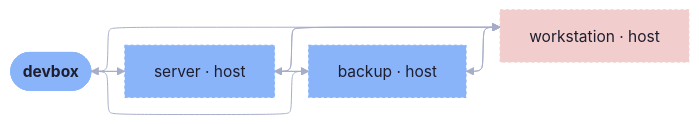
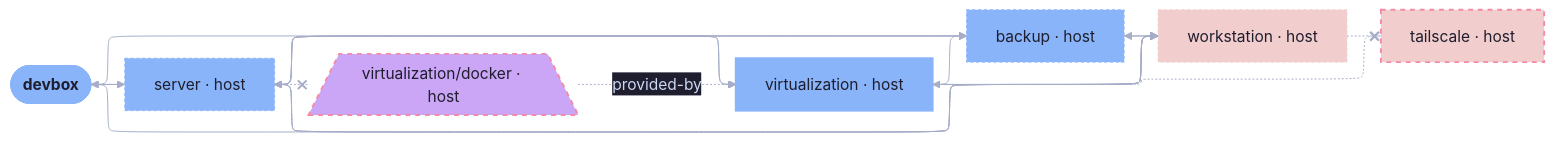
The diagram in templates/diag-fx-demo/diagrams/devbox-adapters.md (sini/den), drawn with Mermaid before and after one commit. The commit also changed 526 other files, not shown here.

Commit message:
chore: update fx diagrams

````diff
--- a/templates/diag-fx-demo/diagrams/devbox-adapters.md
+++ b/templates/diag-fx-demo/diagrams/devbox-adapters.md
@@ -5,25 +5,40 @@
 ```mermaid
 %%{init: {"elk":{"mergeEdges":true,"nodePlacementStrategy":"BRANDES_KOEPF"},"layout":"elk","theme":"base","themeVariables":{"activationBkgColor":"#313244","activationBorderColor":"#6c7086","actorBkg":"#313244","actorBorder":"#a6adc8","actorLineColor":"#a6adc8","actorTextColor":"#cdd6f4","background":"#1e1e2e","classText":"#cdd6f4","clusterBkg":"#313244","clusterBorder":"#6c7086","edgeLabelBackground":"#1e1e2e","labelBoxBkgColor":"#313244","labelBoxBorderColor":"#a6adc8","labelTextColor":"#cdd6f4","lineColor":"#a6adc8","loopTextColor":"#cdd6f4","mainBkg":"#313244","nodeBkg":"#313244","nodeBorder":"#a6adc8","nodeTextColor":"#cdd6f4","noteBkgColor":"#313244","noteBorderColor":"#6c7086","noteTextColor":"#cdd6f4","pie1":"#f38ba8","pie2":"#fab387","pie3":"#f9e2af","pie4":"#a6e3a1","pie5":"#94e2d5","pie6":"#89b4fa","pie7":"#cba6f7","pie8":"#f2cdcd","pieLegendTextColor":"#cdd6f4","pieOuterStrokeColor":"#6c7086","pieSectionTextColor":"#cdd6f4","pieStrokeColor":"#6c7086","pieTitleTextColor":"#cdd6f4","primaryBorderColor":"#a6adc8","primaryColor":"#313244","primaryTextColor":"#cdd6f4","secondBkg":"#313244","secondaryBorderColor":"#6c7086","secondaryColor":"#313244","secondaryTextColor":"#cdd6f4","sequenceNumberColor":"#1e1e2e","signalColor":"#a6adc8","signalTextColor":"#cdd6f4","tertiaryBorderColor":"#6c7086","tertiaryColor":"#313244","tertiaryTextColor":"#cdd6f4","textColor":"#cdd6f4","titleColor":"#cdd6f4"}}}%%
 graph LR
   devbox([devbox]):::root
   backup["backup · host"]:::backup_c
+  virtualization__docker[/"virtualization/docker · host"\]:::virtualization__docker_c
   server["server · host"]:::server_c
+  tailscale["tailscale · host"]:::tailscale_c
+  virtualization["virtualization · host"]:::virtualization_c
   workstation["workstation · host"]:::workstation_c
 
   backup --> server
   backup --> workstation
   devbox --> backup
   devbox --> server
   devbox --> workstation
   server --> backup
+  virtualization --> backup
   workstation --> backup
+  virtualization --> server
   workstation --> server
   server --> workstation
+  virtualization --> workstation
   server --> devbox
+  server -.-x virtualization__docker
+  server -.-x tailscale
+  server --> virtualization
+  workstation -.-x tailscale
+  workstation --> virtualization
+  virtualization__docker -.->|provided-by| virtualization
 
   classDef root fill:#89b4fa,stroke:#89b4fa,color:#1e1e2e,font-weight:bold
   classDef backup_c fill:#89b4fa,stroke:#89b4fa,color:#1e1e2e,stroke-dasharray: 3 3,stroke-width:1px
   classDef devbox_c fill:#f2cdcd,stroke:#f2cdcd,color:#1e1e2e,stroke-width:3px
+  classDef virtualization__docker_c fill:#cba6f7,stroke:#f38ba8,color:#1e1e2e,stroke-dasharray: 5 5,stroke-width:2px
   classDef server_c fill:#89b4fa,stroke:#89b4fa,color:#1e1e2e,stroke-dasharray: 3 3,stroke-width:1px
+  classDef tailscale_c fill:#f2cdcd,stroke:#f38ba8,color:#1e1e2e,stroke-dasharray: 5 5,stroke-width:2px
+  classDef virtualization_c fill:#89b4fa,stroke:#89b4fa,color:#1e1e2e,stroke-width:2px
   classDef workstation_c fill:#f2cdcd,stroke:#f2cdcd,color:#1e1e2e,stroke-dasharray: 3 3,stroke-width:1px
 ```
````
